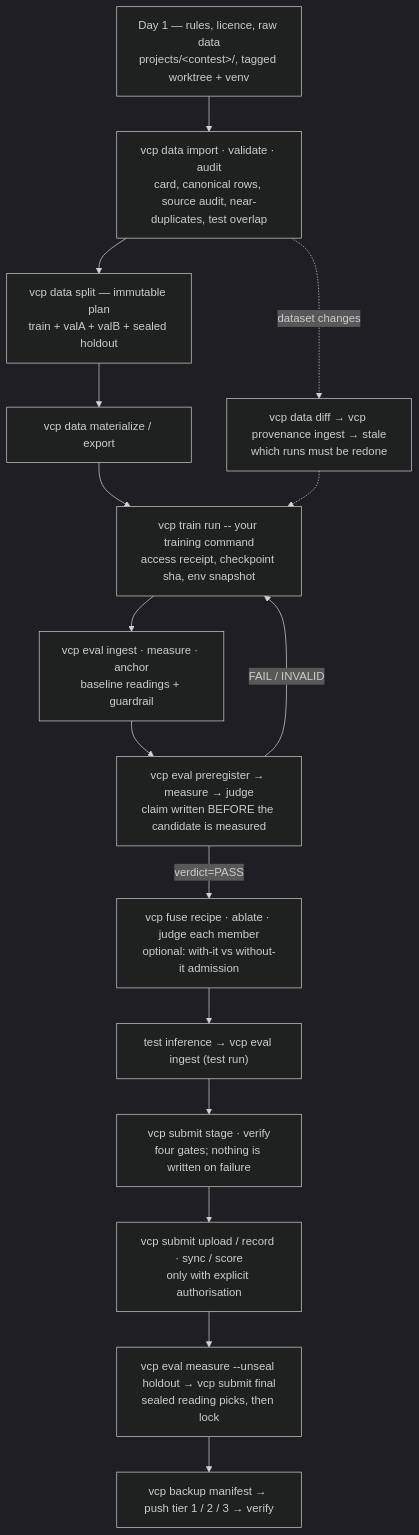
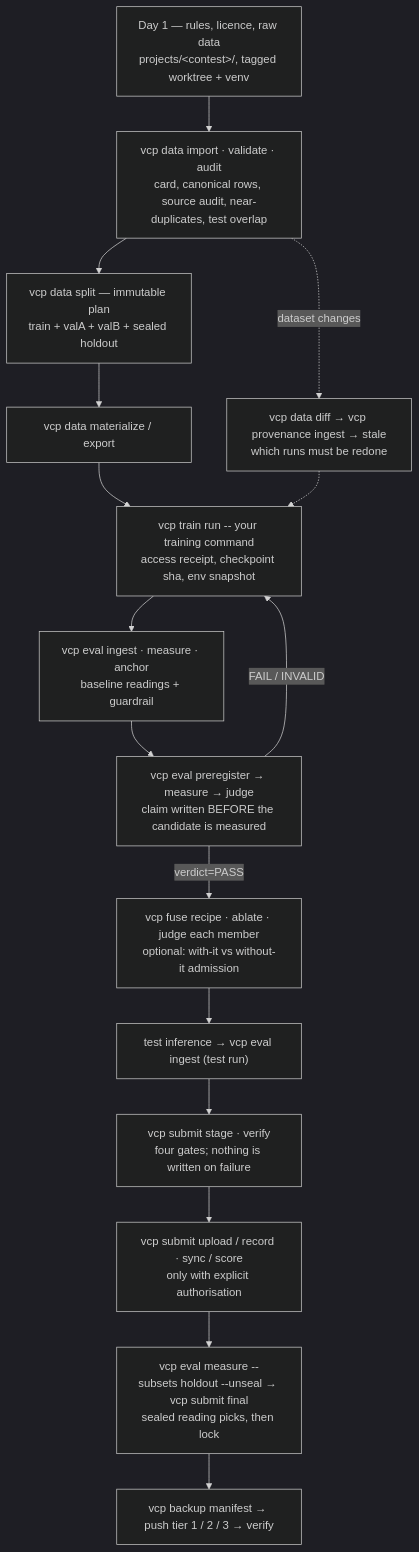
Before and after one commit to eric20041027/Vision-contest-pipeline: the diagram in README.md, drawn with Mermaid (dark theme). The commit also changed other lines of this file and 5 other files, not shown here.

````diff
--- a/README.md
+++ b/README.md
@@ -56,18 +89,18 @@
 ```mermaid
 flowchart TD
     A["Day 1 — rules, licence, raw data<br/>projects/&lt;contest&gt;/, tagged worktree + venv"] --> B["vcp data import · validate · audit<br/>card, canonical rows, source audit, near-duplicates, test overlap"]
     B --> C["vcp data split — immutable plan<br/>train + valA + valB + sealed holdout"]
     C --> D["vcp data materialize / export"]
     D --> E["vcp train run -- your training command<br/>access receipt, checkpoint sha, env snapshot"]
     E --> F["vcp eval ingest · measure · anchor<br/>baseline readings + guardrail"]
     F --> G["vcp eval preregister → measure → judge<br/>claim written BEFORE the candidate is measured"]
     G -- "verdict=PASS" --> H["vcp fuse recipe · ablate · judge each member<br/>optional: with-it vs without-it admission"]
     G -- "FAIL / INVALID" --> E
     H --> I["test inference → vcp eval ingest (test run)"]
     I --> J["vcp submit stage · verify<br/>four gates; nothing is written on failure"]
     J --> K["vcp submit upload / record · sync / score<br/>only with explicit authorisation"]
-    K --> L["vcp eval measure --unseal holdout → vcp submit final<br/>sealed reading picks, then lock"]
+    K --> L["vcp eval measure --subsets holdout --unseal → vcp submit final<br/>sealed reading picks, then lock"]
     L --> M["vcp backup manifest → push tier 1 / 2 / 3 → verify"]
     B -. "dataset changes" .-> N["vcp data diff → vcp provenance ingest → stale<br/>which runs must be redone"]
     N -.-> E
 ```
````
